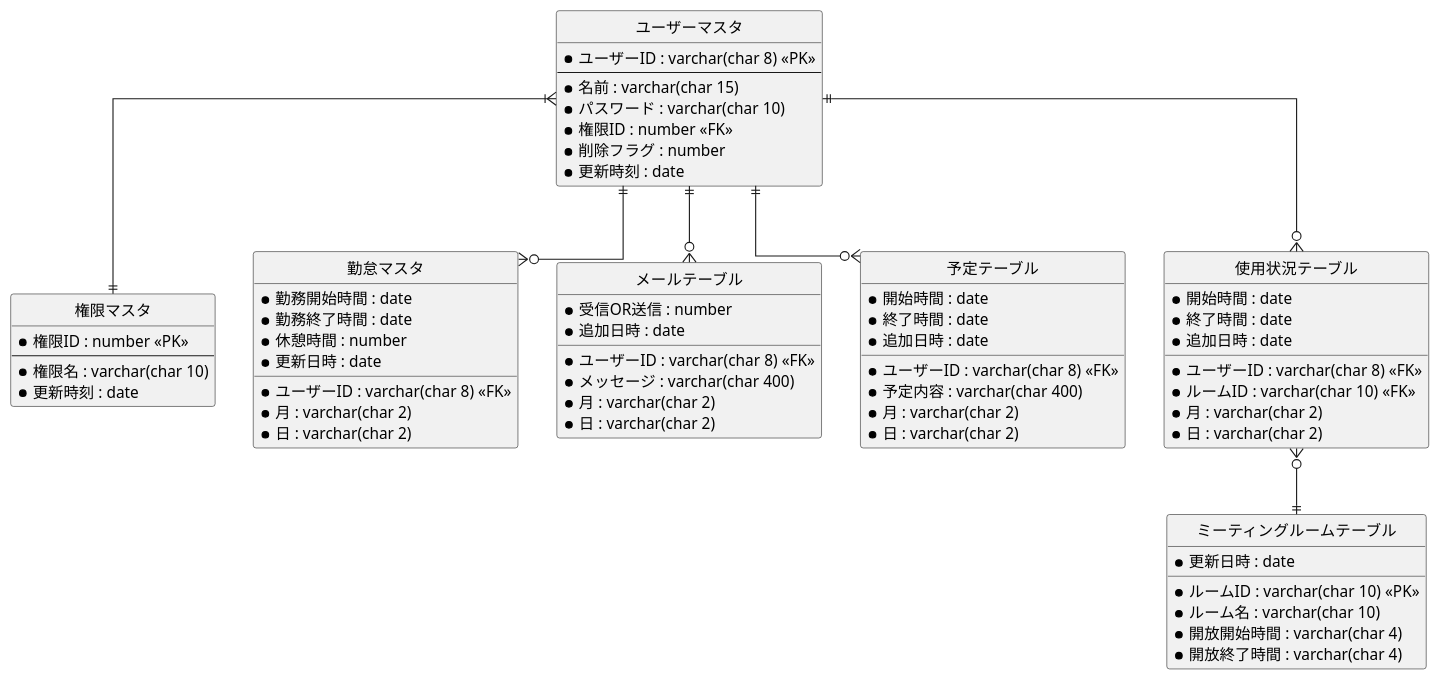
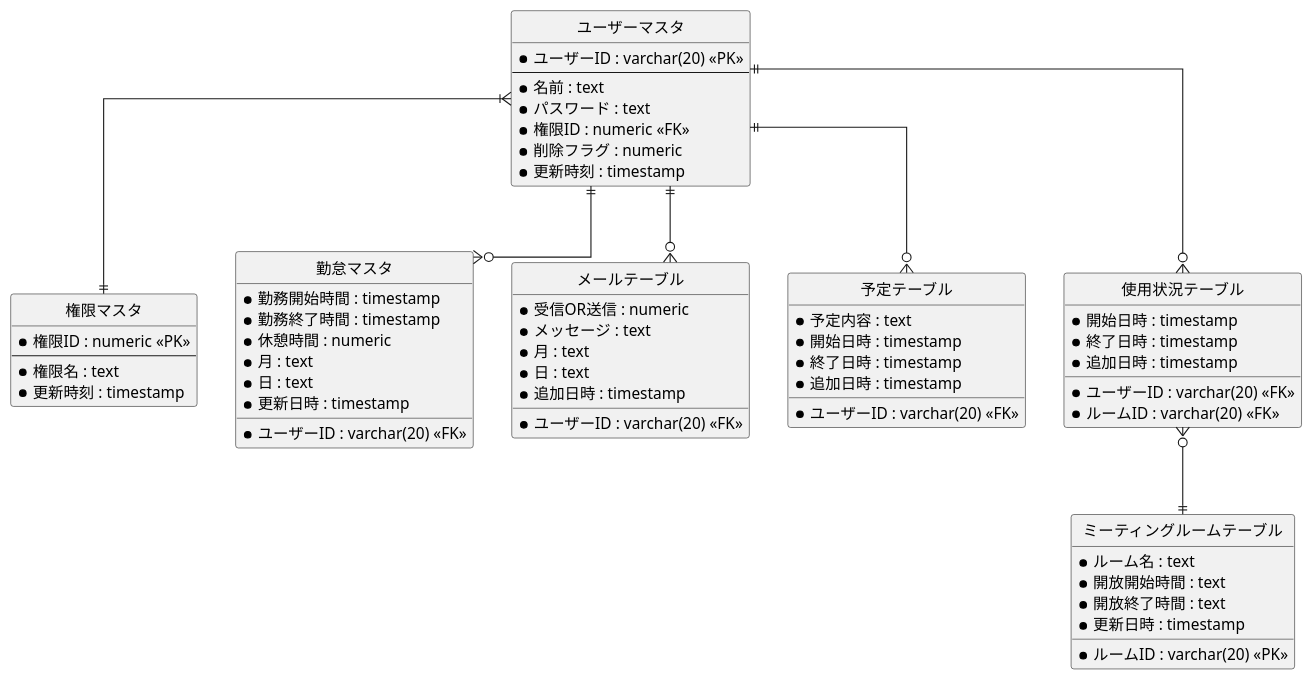
Before and after one commit to R-SAIKI/practiceUML: the diagram in ER図/ER図.pu, drawn with PlantUML. The commit also changed 7 other files, not shown here.

Commit message:
ユースケース図作成、ER図修正(oraclからpostgre)、ワイヤーフレーム修正

```diff
--- a/ER図/ER図.pu
+++ b/ER図/ER図.pu
@@ -1,80 +1,76 @@
 @startuml
 
 ' hide the spot
 hide circle
 
 ' avoid problems with angled crows feet
 skinparam linetype ortho
 
 entity "ユーザーマスタ" as user {
-  *ユーザーID : varchar(char 8) <<PK>>
+  *ユーザーID : varchar(20) <<PK>>
   --
-  *名前 : varchar(char 15)
-  *パスワード : varchar(char 10)
-  *権限ID : number <<FK>>
-  *削除フラグ : number
-  *更新時刻 : date
+  *名前 : text
+  *パスワード : text
+  *権限ID : numeric <<FK>>
+  *削除フラグ : numeric
+  *更新時刻 : timestamp
 }
 
 entity "権限マスタ" as auth {
-  *権限ID : number <<PK>> 
+  *権限ID : numeric <<PK>> 
   --
-  *権限名 : varchar(char 10)
-  *更新時刻 : date
+  *権限名 : text
+  *更新時刻 : timestamp
 }
 
 entity "勤怠マスタ" as attend {
-  *ユーザーID : varchar(char 8) <<FK>>
-  *勤務開始時間 : date
-  *勤務終了時間 : date 
-  *休憩時間 : number
-  *月 : varchar(char 2) 
-  *日 : varchar(char 2) 
-  *更新日時 : date
+  *ユーザーID : varchar(20) <<FK>>
+  *勤務開始時間 : timestamp
+  *勤務終了時間 : timestamp 
+  *休憩時間 : numeric
+  *月 : text 
+  *日 : text 
+  *更新日時 : timestamp
 }
 
 entity "メールテーブル" as mail {
-  *ユーザーID : varchar(char 8) <<FK>>
-  *受信OR送信 : number
-  *メッセージ : varchar(char 400)
-  *月 : varchar(char 2) 
-  *日 : varchar(char 2) 
-  *追加日時 : date
+  *ユーザーID : varchar(20) <<FK>>
+  *受信OR送信 : numeric
+  *メッセージ : text
+  *月 : text 
+  *日 : text 
+  *追加日時 : timestamp
 }
 
 entity "予定テーブル" as plan {
-  *ユーザーID : varchar(char 8) <<FK>>
-  *予定内容 : varchar(char 400)
-  *開始時間 : date
-  *終了時間 : date 
-  *月 : varchar(char 2) 
-  *日 : varchar(char 2) 
-  *追加日時 : date
+  *ユーザーID : varchar(20) <<FK>>
+  *予定内容 : text
+  *開始日時 : timestamp
+  *終了日時 : timestamp 
+  *追加日時 : timestamp
 }
 
 entity "ミーティングルームテーブル" as meeting {
-  *ルームID : varchar(char 10) <<PK>>
-  *ルーム名 : varchar(char 10) 
-  *開放開始時間 : varchar(char 4)
-  *開放終了時間 : varchar(char 4)
-  *更新日時 : date
+  *ルームID : varchar(20) <<PK>>
+  *ルーム名 : text 
+  *開放開始時間 : text
+  *開放終了時間 : text
+  *更新日時 : timestamp
 }
 
 entity "使用状況テーブル" as use {
-  *ユーザーID : varchar(char 8) <<FK>>
-  *ルームID : varchar(char 10) <<FK>>
-  *月 : varchar(char 2) 
-  *日 : varchar(char 2) 
-  *開始時間 : date
-  *終了時間 : date 
-  *追加日時 : date
+  *ユーザーID : varchar(20) <<FK>>
+  *ルームID : varchar(20) <<FK>>
+  *開始日時 : timestamp
+  *終了日時 : timestamp 
+  *追加日時 : timestamp
 }
 
 user }|--|| auth
 user ||--o{ attend
 user ||--o{ mail
 user ||--o{ plan
 user ||--o{ use
 use }o--|| meeting
 
 @enduml
```
